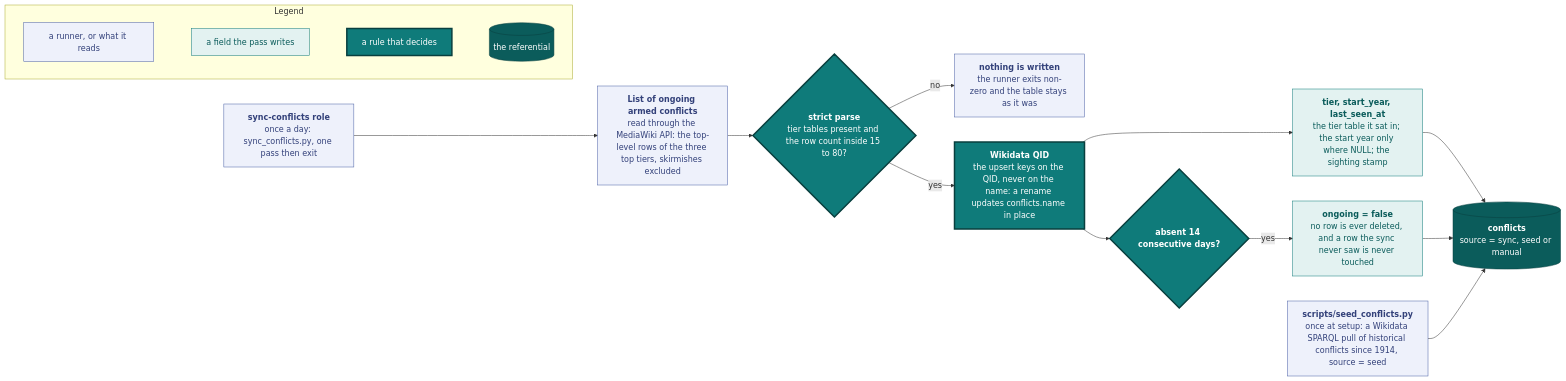
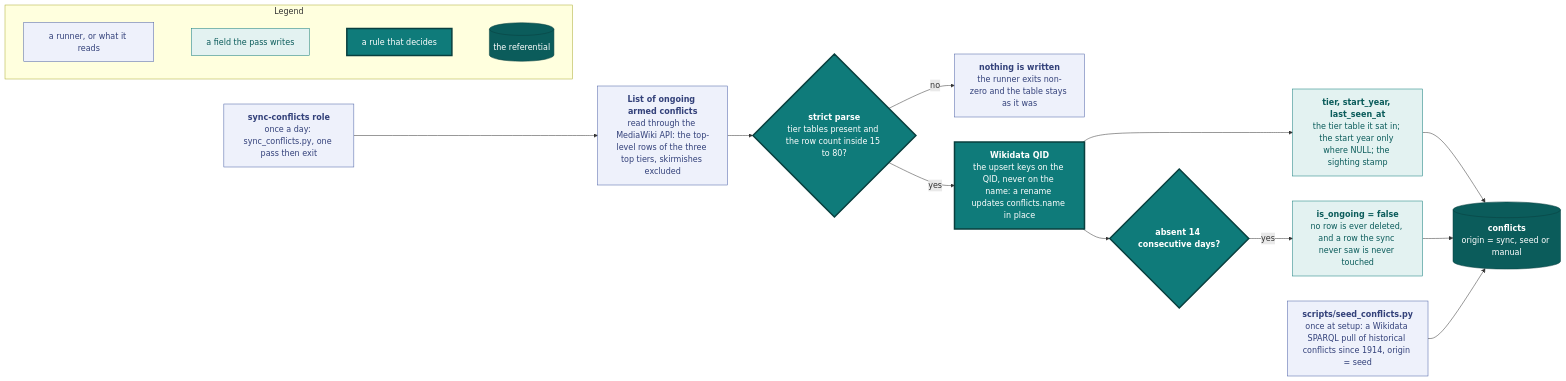
One commit to vidithq/vidit changed the diagram in docs/conflicts.md. Above: the diagram before and after it, drawn with Mermaid. The commit also changed other lines of this file and 617 other files, not shown here.

````diff
--- a/docs/conflicts.md
+++ b/docs/conflicts.md
@@ -5,43 +5,43 @@
 ```mermaid
 flowchart LR
   classDef spec fill:#eef1fb,stroke:#4a5fa5,color:#33417a
   classDef shared fill:#e3f2f1,stroke:#0f7b7a,color:#0b5c5b
   classDef core fill:#0f7b7a,stroke:#083f3e,stroke-width:3px,color:#ffffff
   classDef store fill:#0b5c5b,stroke:#083f3e,color:#ffffff
 
   subgraph legend [Legend]
     direction LR
     l1["`a runner, or what it reads`"]:::spec
     l2["`a field the pass writes`"]:::shared
     l3["`a rule that decides`"]:::core
     l4[("`the referential`")]:::store
     l1 ~~~ l2 ~~~ l3 ~~~ l4
   end
 
   cron["`**sync-conflicts role**
   once a day: sync_conflicts.py, one pass then exit`"]:::spec
   page["`**List of ongoing armed conflicts**
   read through the MediaWiki API: the top-level rows of the three top tiers, skirmishes excluded`"]:::spec
   strict{"`**strict parse**
   tier tables present and the row count inside 15 to 80?`"}:::core
   abort["`**nothing is written**
   the runner exits non-zero and the table stays as it was`"]:::spec
   qid["`**Wikidata QID**
   the upsert keys on the QID, never on the name: a rename updates conflicts.name in place`"]:::core
   fields["`**tier, start_year, last_seen_at**
   the tier table it sat in; the start year only where NULL; the sighting stamp`"]:::shared
   grace{"`**absent 14 consecutive days?**`"}:::core
-  off["`**ongoing = false**
+  off["`**is_ongoing = false**
   no row is ever deleted, and a row the sync never saw is never touched`"]:::shared
   table[("`**conflicts**
-  source = sync, seed or manual`")]:::store
+  origin = sync, seed or manual`")]:::store
   seed["`**scripts/seed_conflicts.py**
-  once at setup: a Wikidata SPARQL pull of historical conflicts since 1914, source = seed`"]:::spec
+  once at setup: a Wikidata SPARQL pull of historical conflicts since 1914, origin = seed`"]:::spec
 
   cron --> page --> strict
   strict -- "no" --> abort
   strict -- "yes" --> qid --> fields --> table
   qid --> grace
   grace -- "yes" --> off --> table
   seed --> table
 ```
````
